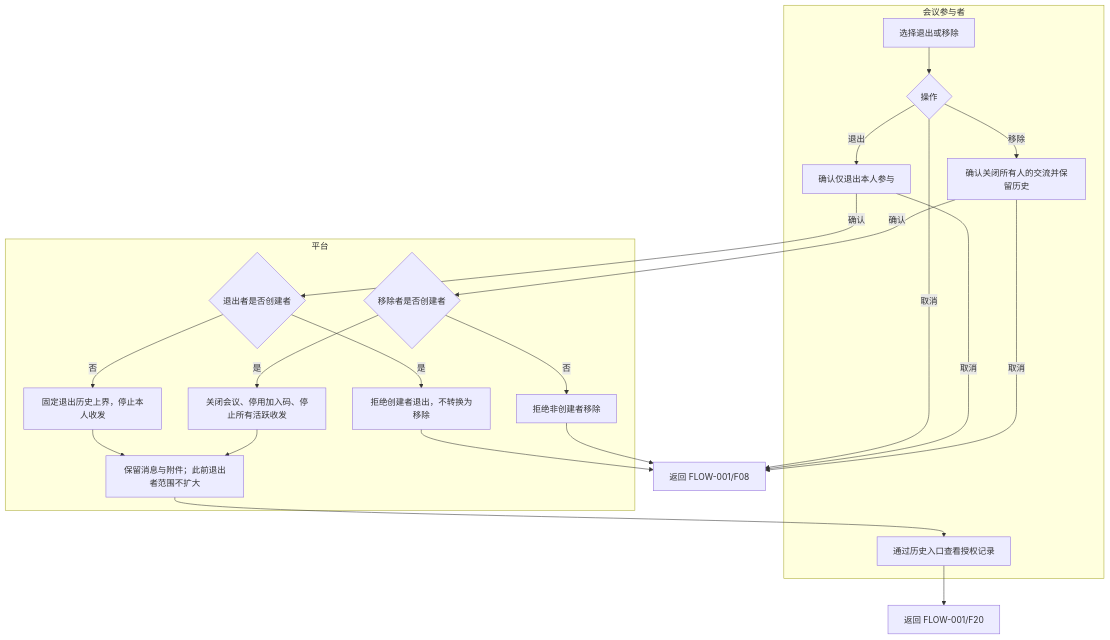
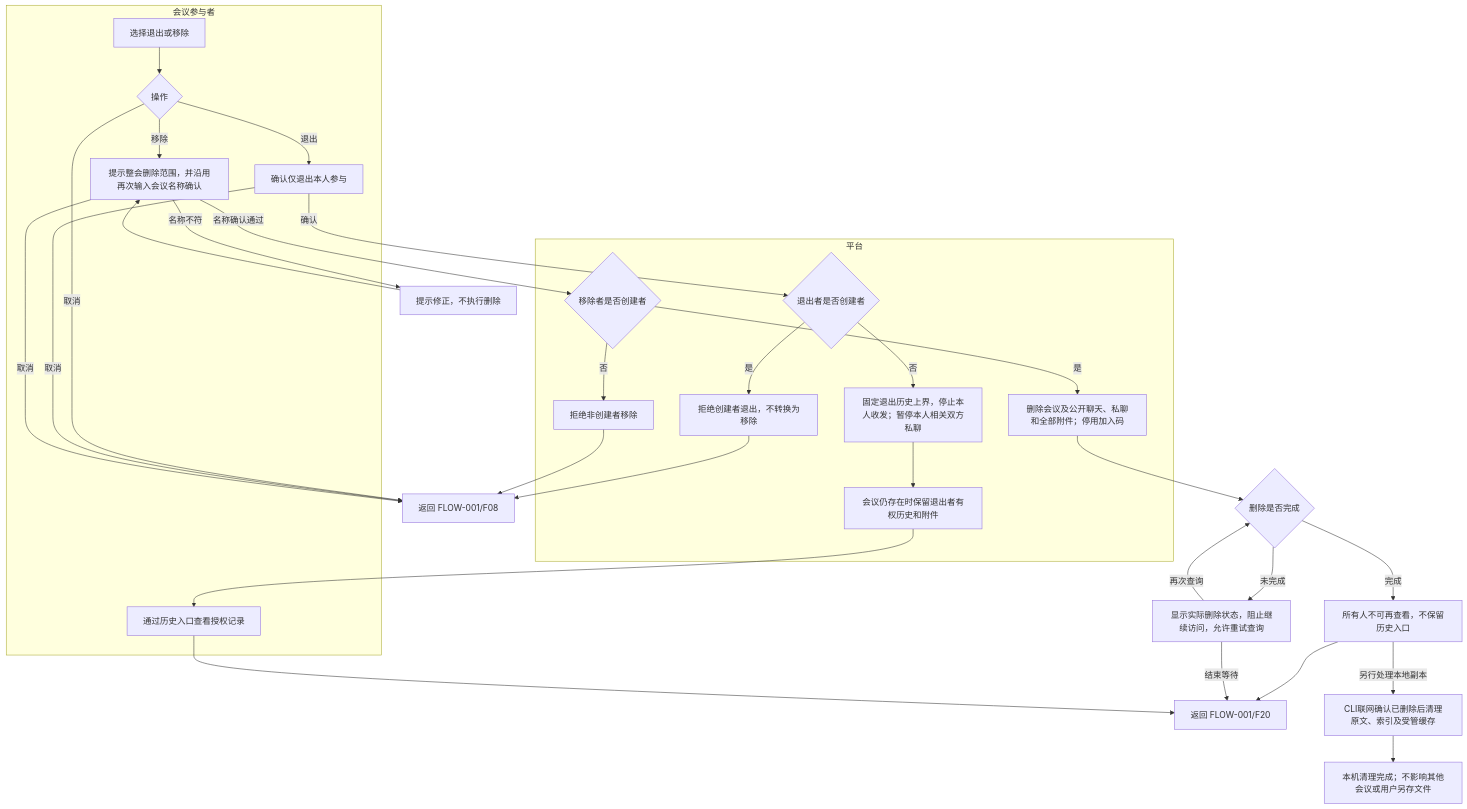
Before and after one commit to gudianbustu/RoundTableMeeting: the diagram in docs/需求分析/圆桌会议-FLOW-001-S02.mmd, drawn with Mermaid. The commit also changed 49 other files, not shown here.

```diff
--- a/docs/需求分析/圆桌会议-FLOW-001-S02.mmd
+++ b/docs/需求分析/圆桌会议-FLOW-001-S02.mmd
@@ -1,32 +1,42 @@
 flowchart TD
     %% FLOW-001-S02：所属FLOW-001/F14；输入为成员明确退出或创建者移除意图
     %% 输出：完成返回F20；拒绝/取消返回F08。断线不进入本流程。
     subgraph U["会议参与者"]
         L01["选择退出或移除"]
         L02{"操作"}
         L03["确认仅退出本人参与"]
-        L04["确认关闭所有人的交流并保留历史"]
+        L04["提示整会删除范围，并沿用再次输入会议名称确认"]
         L11["通过历史入口查看授权记录"]
     end
     subgraph P["平台"]
         L05{"退出者是否创建者"}
         L06["拒绝创建者退出，不转换为移除"]
-        L07["固定退出历史上界，停止本人收发"]
+        L07["固定退出历史上界，停止本人收发；暂停本人相关双方私聊"]
         L08{"移除者是否创建者"}
         L09["拒绝非创建者移除"]
-        L10["关闭会议、停用加入码、停止所有活跃收发"]
-        L12["保留消息与附件；此前退出者范围不扩大"]
+        L10["删除会议及公开聊天、私聊和全部附件；停用加入码"]
+        L12["会议仍存在时保留退出者有权历史和附件"]
     end
     L01 --> L02
     L02 -->|退出| L03
     L02 -->|移除| L04
     L02 -->|取消| L13["返回 FLOW-001/F08"]
     L03 -->|确认| L05
     L03 -->|取消| L13
-    L04 -->|确认| L08
+    L04 -->|名称确认通过| L08
+    L04 -->|名称不符| L16["提示修正，不执行删除"] --> L04
     L04 -->|取消| L13
     L05 -->|是| L06 --> L13
     L05 -->|否| L07 --> L12
     L08 -->|否| L09 --> L13
-    L08 -->|是| L10 --> L12
+    L08 -->|是| L10 --> L18{"删除是否完成"}
+    L18 -->|完成| L15["所有人不可再查看，不保留历史入口"] --> L14
+    L18 -->|未完成| L19["显示实际删除状态，阻止继续访问，允许重试查询"]
+    L19 -->|再次查询| L18
+    L19 -->|结束等待| L14
     L12 --> L11 --> L14["返回 FLOW-001/F20"]
+
+    %% 离线CLI待联网确认后清理；用户另存文件及Agent已有上下文不保证收回。删除失败按真实状态反馈，不能伪称完成。
+
+    %% CLI清理独立于创建者删除操作完成，不等待离线客户端联网。
+    L15 -->|另行处理本地副本| L17["CLI联网确认已删除后清理原文、索引及受管缓存"] --> L20["本机清理完成；不影响其他会议或用户另存文件"]
```
